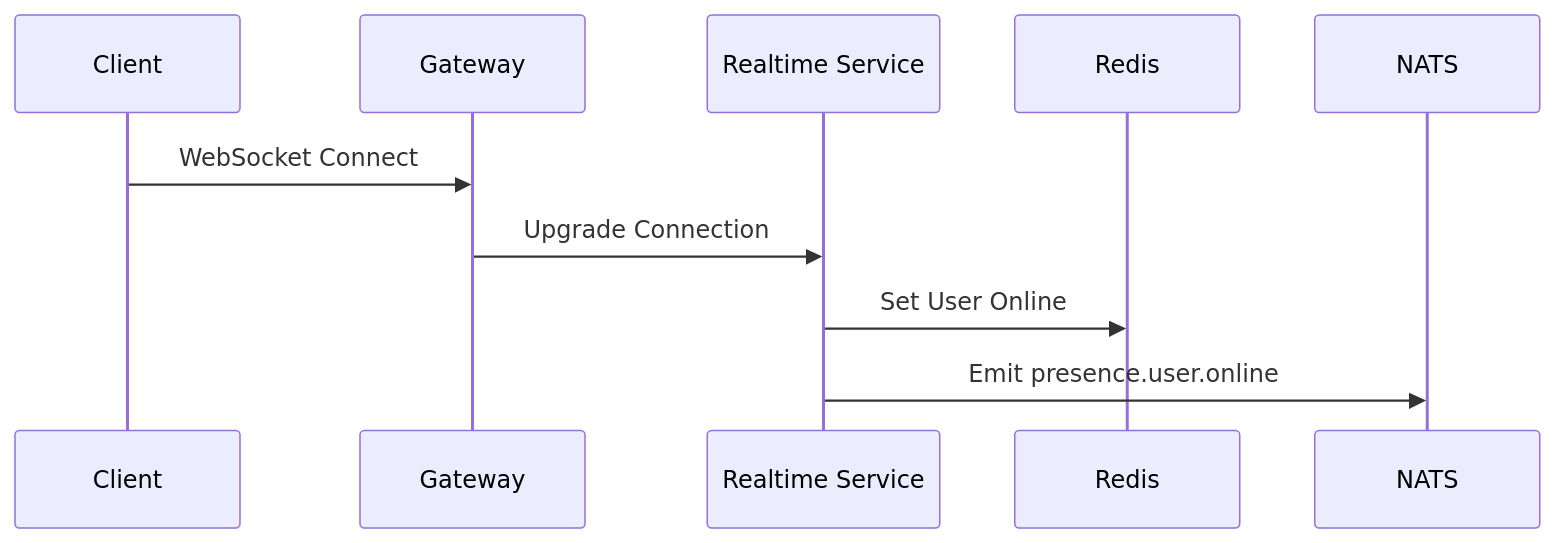
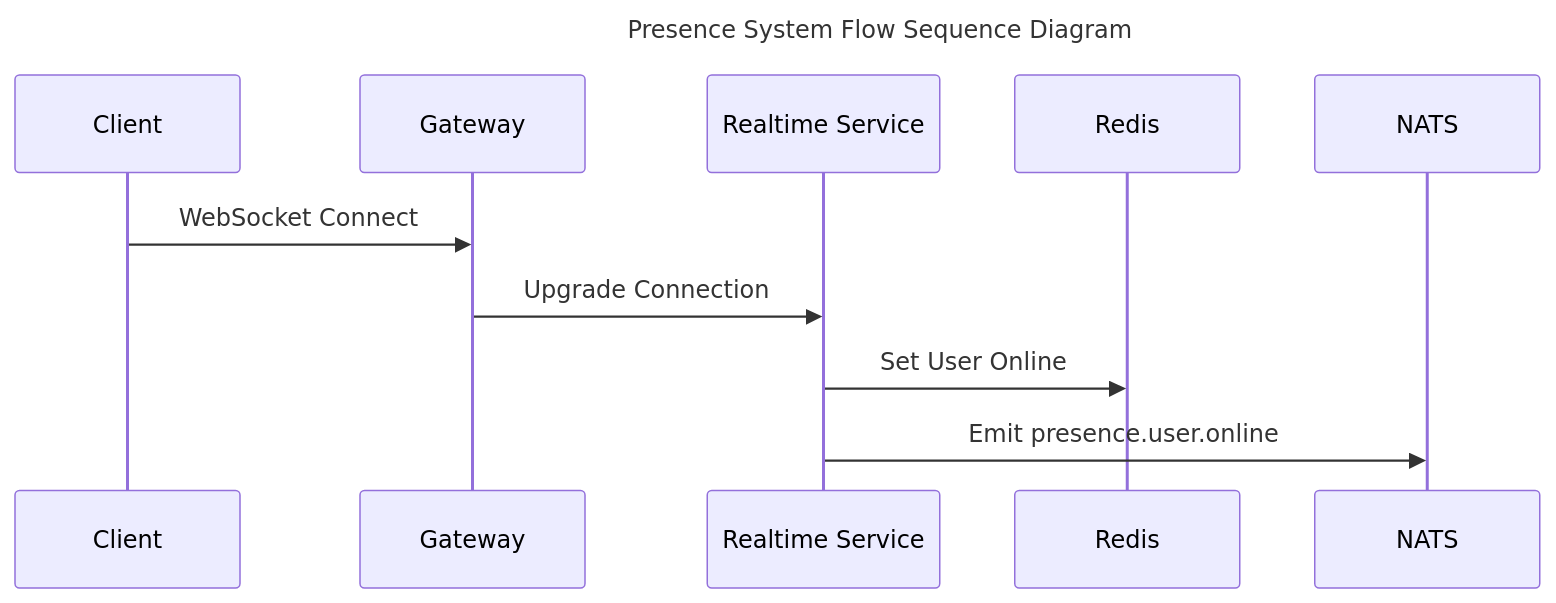
Before and after one commit to devekkx/pree-it: the diagram in docs/diagrams/presence-system-flow.mermaid, drawn with Mermaid. The commit also changed 12 other files, not shown here.

```diff
--- a/docs/diagrams/presence-system-flow.mermaid
+++ b/docs/diagrams/presence-system-flow.mermaid
@@ -1,13 +1,15 @@
 sequenceDiagram
+
+title Presence System Flow Sequence Diagram
 
     participant Client
     participant Gateway
     participant RT as Realtime Service
     participant Redis
     participant NATS
 
     Client->>Gateway: WebSocket Connect
     Gateway->>RT: Upgrade Connection
 
     RT->>Redis: Set User Online
     RT->>NATS: Emit presence.user.online
```
